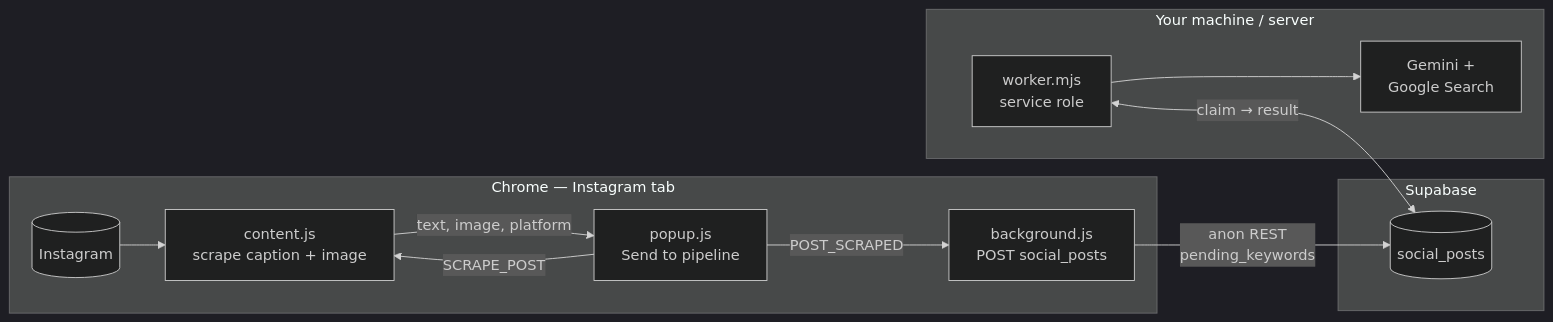
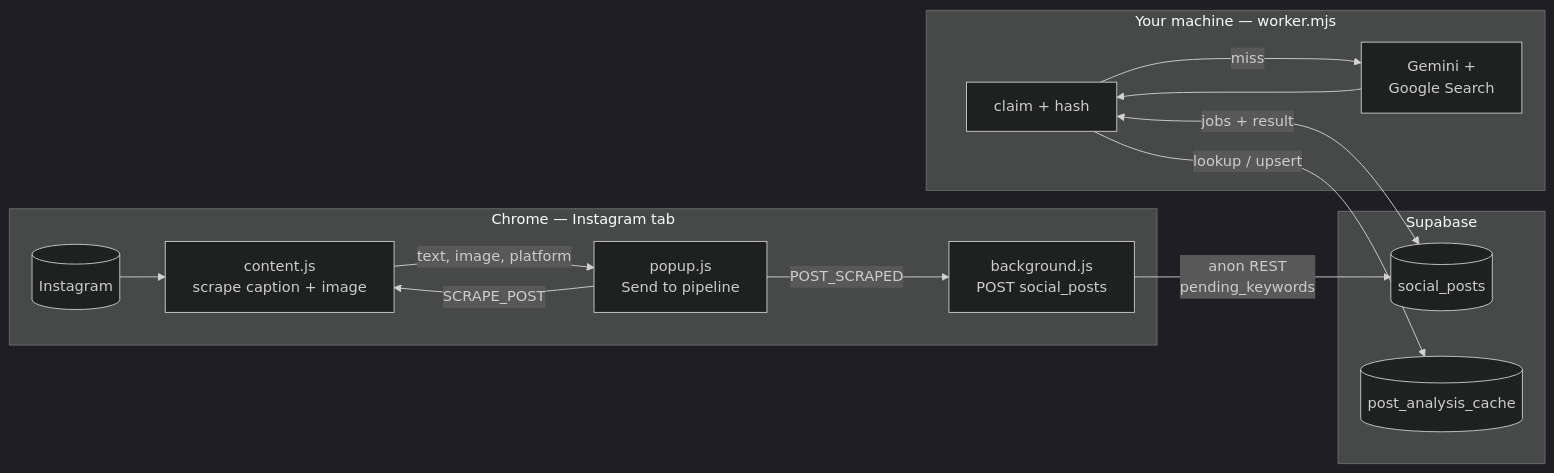
Before and after one commit to IlhamKassim/laila-coders: the first of 2 diagrams in README.md, drawn with Mermaid (dark theme). The commit also changed other lines of this file and 1 other file, not shown here.

````diff
--- a/README.md
+++ b/README.md
@@ -11,26 +13,29 @@
 ```mermaid
 flowchart LR
   subgraph browser["Chrome — Instagram tab"]
     IG[(Instagram)]
     CS[content.js\nscrape caption + image]
     PU[popup.js\nSend to pipeline]
     BG[background.js\nPOST social_posts]
     IG --> CS
     PU -->|SCRAPE_POST| CS
     CS -->|text, image, platform| PU
     PU -->|POST_SCRAPED| BG
   end
 
   subgraph cloud["Supabase"]
     DB[(social_posts)]
+    CACHE[(post_analysis_cache)]
   end
 
-  subgraph backend["Your machine / server"]
-    W[worker.mjs\nservice role]
+  subgraph backend["Your machine — worker.mjs"]
+    W[claim + hash]
     G[Gemini +\nGoogle Search]
-    W --> G
-    W <-->|claim → result| DB
+    W -->|lookup / upsert| CACHE
+    W -->|miss| G
+    G --> W
+    W <-->|jobs + result| DB
   end
 
   BG -->|anon REST\npending_keywords| DB
 ```
````
